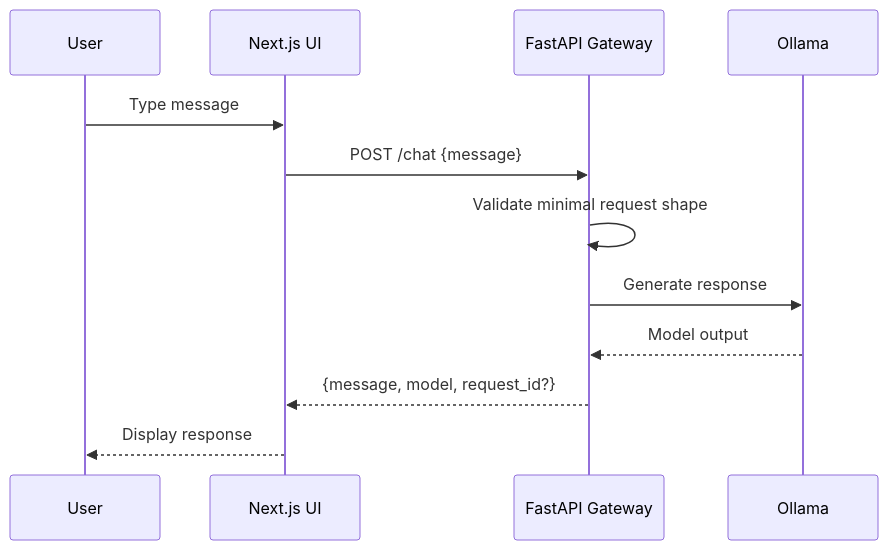
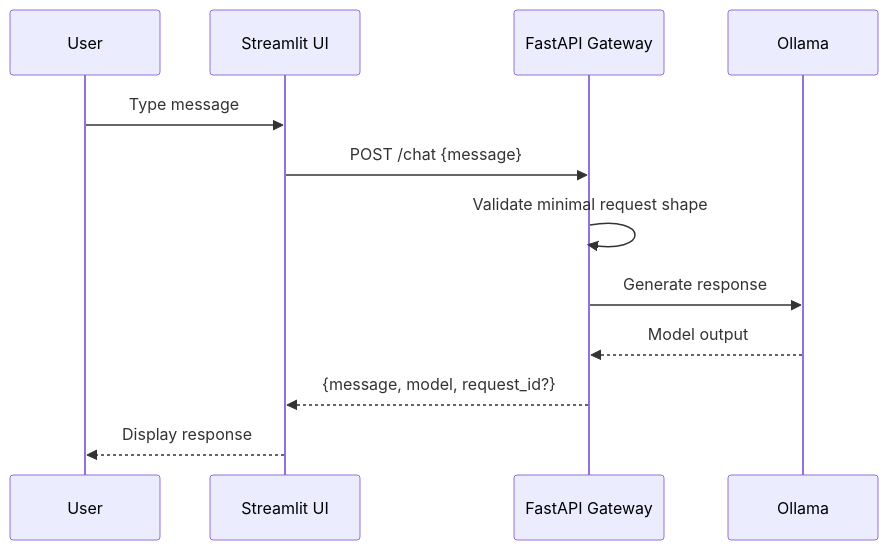
One commit to omcs-i-a/closed-llm-platform changed the third of 4 diagrams in docs/architecture.md. Above: the diagram before and after it, drawn with Mermaid. The commit also changed other lines of this file and 22 other files, not shown here.

````diff
--- a/docs/architecture.md
+++ b/docs/architecture.md
@@ -156,15 +156,15 @@
 ```mermaid
 sequenceDiagram
   participant U as User
-  participant W as Next.js UI
+  participant W as Streamlit UI
   participant A as FastAPI Gateway
   participant O as Ollama
 
   U->>W: Type message
   W->>A: POST /chat {message}
   A->>A: Validate minimal request shape
   A->>O: Generate response
   O-->>A: Model output
   A-->>W: {message, model, request_id?}
   W-->>U: Display response
 ```
````
